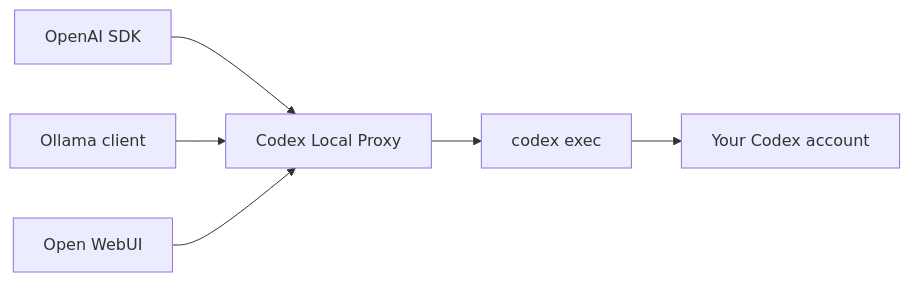
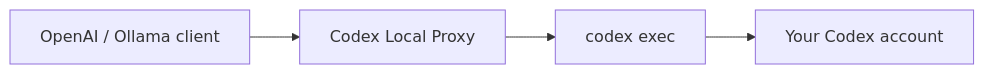
Before and after one commit to djdevpro/codex-proxy: the diagram in README.md, drawn with Mermaid. The commit also changed other lines of this file, not shown here.

````diff
--- a/README.md
+++ b/README.md
@@ -46,8 +40,6 @@
 ```mermaid
 flowchart LR
-    A["OpenAI SDK"] --> P["Codex Local Proxy"]
-    B["Ollama client"] --> P
-    C["Open WebUI"] --> P
-    P --> D["codex exec"]
-    D --> E["Your Codex account"]
+    A["OpenAI / Ollama client"] --> P["Codex Local Proxy"]
+    P --> C["codex exec"]
+    C --> O["Your Codex account"]
 ```
````
